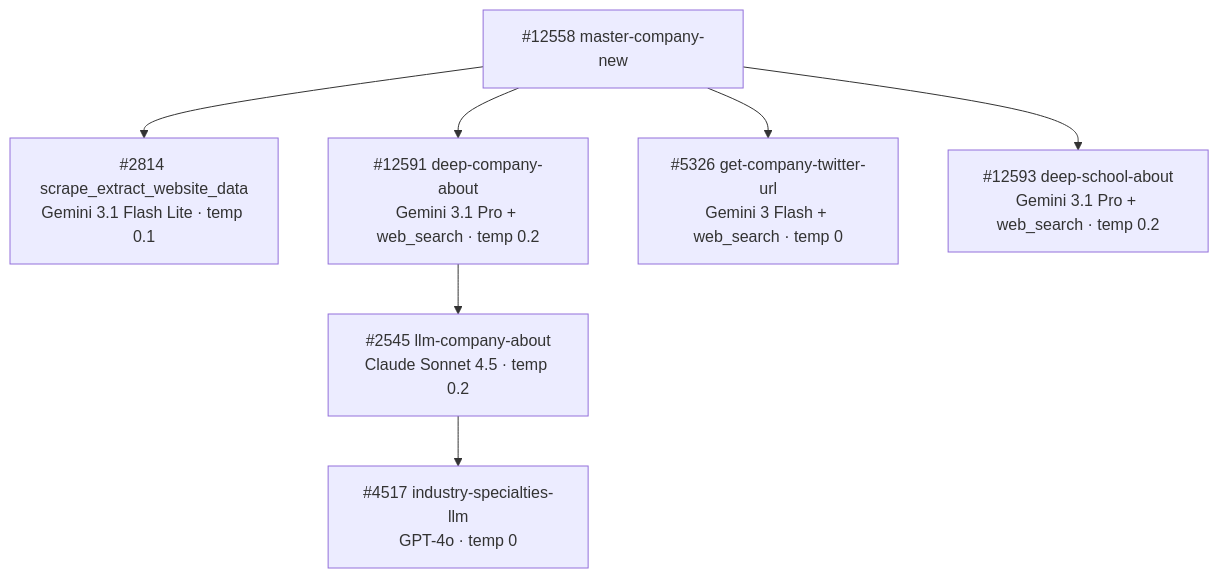
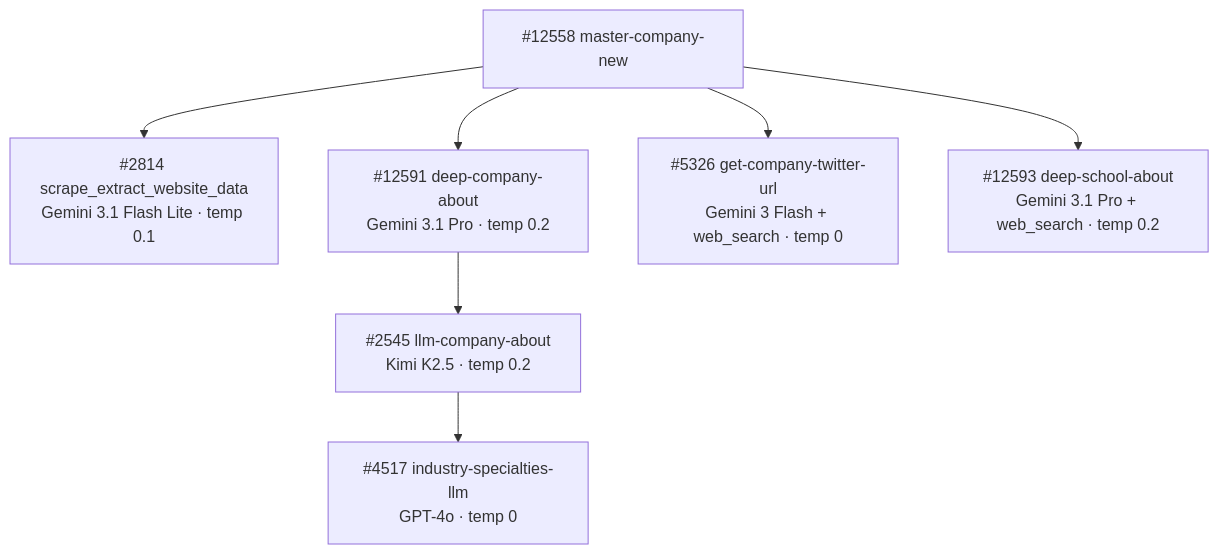
Before and after one commit to M-Pederson/docs: the diagram in guides/enrichment/company-pipeline/model-summary.mdx, drawn with Mermaid. The commit also changed other lines of this file and 2 other files, not shown here.

````diff
--- a/guides/enrichment/company-pipeline/model-summary.mdx
+++ b/guides/enrichment/company-pipeline/model-summary.mdx
@@ -85,9 +98,9 @@
 ```mermaid
 graph TD
     A["#12558 master-company-new"] --> B["#2814 scrape_extract_website_data<br/>Gemini 3.1 Flash Lite · temp 0.1"]
-    A --> C["#12591 deep-company-about<br/>Gemini 3.1 Pro + web_search · temp 0.2"]
+    A --> C["#12591 deep-company-about<br/>Gemini 3.1 Pro · temp 0.2"]
     A --> D["#5326 get-company-twitter-url<br/>Gemini 3 Flash + web_search · temp 0"]
     A --> F["#12593 deep-school-about<br/>Gemini 3.1 Pro + web_search · temp 0.2"]
-    C --> G["#2545 llm-company-about<br/>Claude Sonnet 4.5 · temp 0.2"]
+    C --> G["#2545 llm-company-about<br/>Kimi K2.5 · temp 0.2"]
     G --> H["#4517 industry-specialties-llm<br/>GPT-4o · temp 0"]
 ```
````
